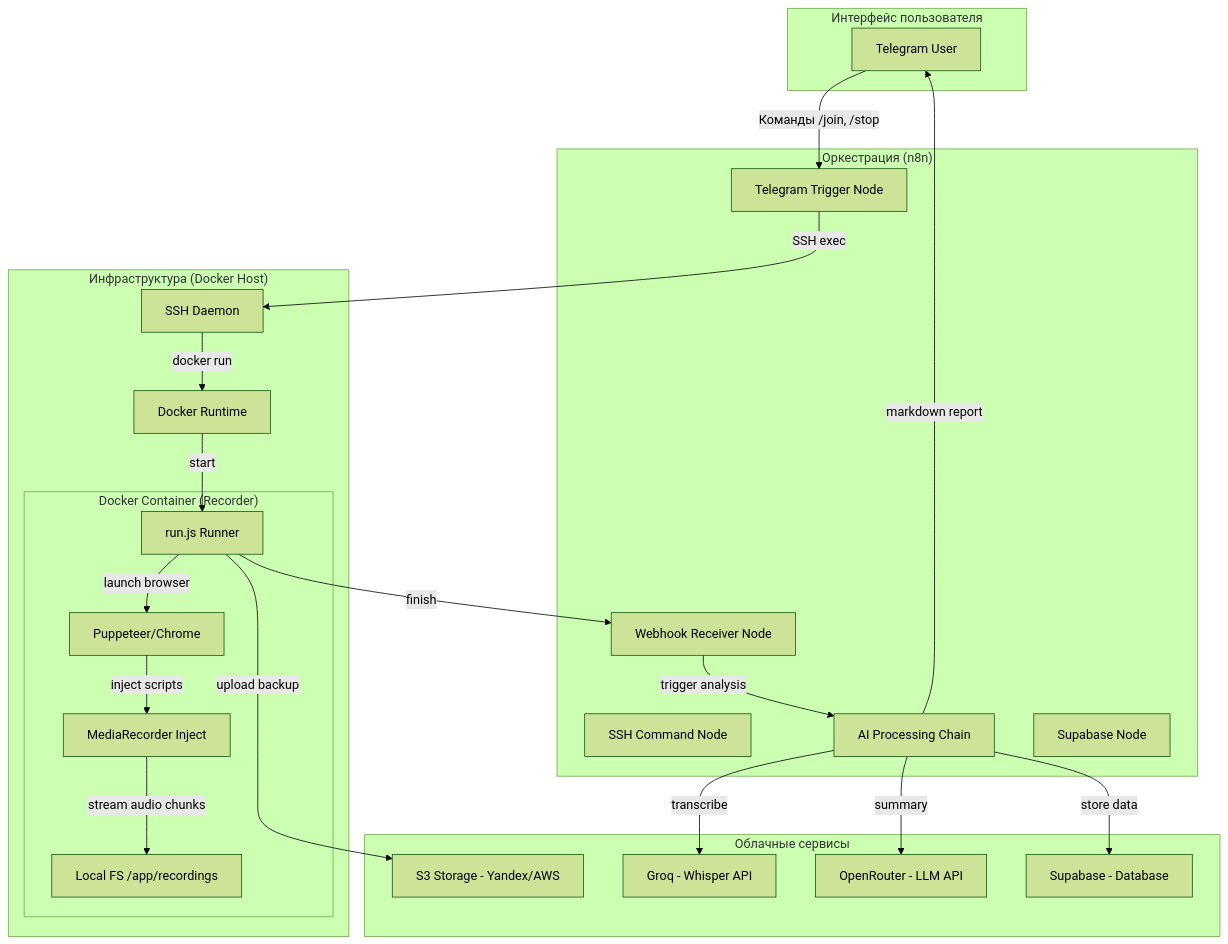
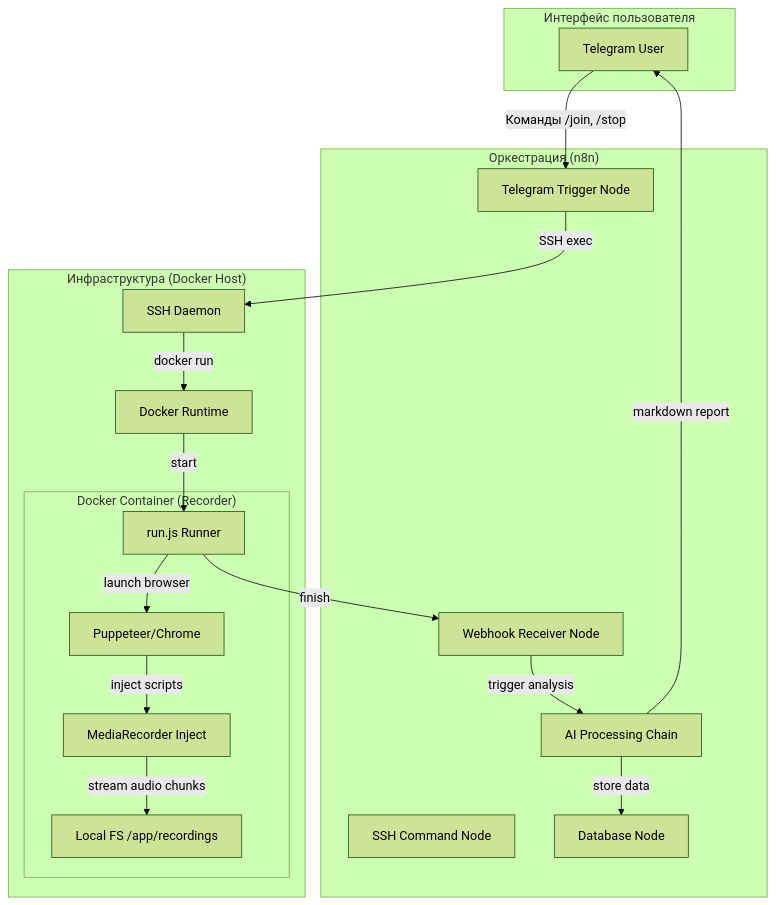
One commit to 3dstepansky/stepansky-telemost-recorder-doker changed the diagram in README.md. Above: the diagram before and after it, drawn with Mermaid (forest theme). The commit also changed other lines of this file, not shown here.

````diff
--- a/README.md
+++ b/README.md
@@ -50,47 +68,37 @@
 ```mermaid
 graph TD
     subgraph "Интерфейс пользователя"
         TG[Telegram User]
     end
 
     subgraph "Оркестрация (n8n)"
         N_TG[Telegram Trigger Node]
         N_SSH[SSH Command Node]
         N_WH[Webhook Receiver Node]
         N_AI[AI Processing Chain]
-        N_DB[Supabase Node]
+        N_DB[Database Node]
     end
 
     subgraph "Инфраструктура (Docker Host)"
         S_SSH[SSH Daemon]
         D_RUN[Docker Runtime]
         subgraph "Docker Container (Recorder)"
             P[Puppeteer/Chrome]
             REC[MediaRecorder Inject]
             FS[Local FS /app/recordings]
             RUN[run.js Runner]
         end
     end
 
-    subgraph "Облачные сервисы"
-        S3[S3 Storage - Yandex/AWS]
-        GR[Groq - Whisper API]
-        OR[OpenRouter - LLM API]
-        SB[Supabase - Database]
-    end
-
     TG -->|Команды /join, /stop| N_TG
     N_TG -->|SSH exec| S_SSH
     S_SSH -->|docker run| D_RUN
     D_RUN -->|start| RUN
     RUN -->|launch browser| P
     P -->|inject scripts| REC
     REC -->|stream audio chunks| FS
     RUN -->|finish| N_WH
-    RUN -->|upload backup| S3
     N_WH -->|trigger analysis| N_AI
-    N_AI -->|transcribe| GR
-    N_AI -->|summary| OR
-    N_AI -->|store data| SB
+    N_AI -->|store data| N_DB
     N_AI -->|markdown report| TG
 ```
````
